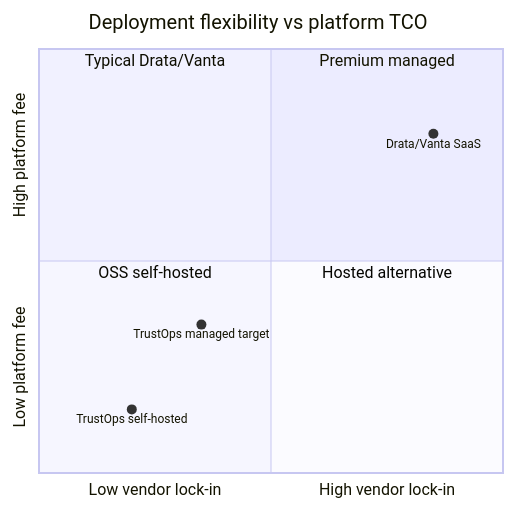
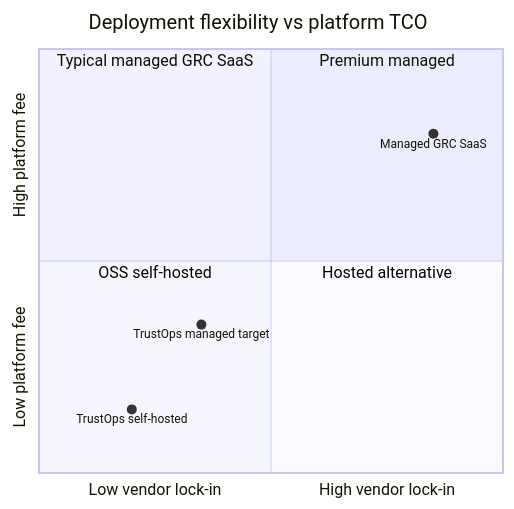
Before and after one commit to msaad00/trustops-security-data-lake: the second of 2 diagrams in docs/diagrams/deployment-models.md, drawn with Mermaid. The commit also changed 18 other files, not shown here.

````diff
--- a/docs/diagrams/deployment-models.md
+++ b/docs/diagrams/deployment-models.md
@@ -39,13 +39,13 @@
 ```mermaid
 quadrantChart
   title Deployment flexibility vs platform TCO
   x-axis Low vendor lock-in --> High vendor lock-in
   y-axis Low platform fee --> High platform fee
   quadrant-1 Premium managed
-  quadrant-2 Typical Drata/Vanta
+  quadrant-2 Typical managed GRC SaaS
   quadrant-3 OSS self-hosted
   quadrant-4 Hosted alternative
   TrustOps self-hosted: [0.2, 0.15]
   TrustOps managed target: [0.35, 0.35]
-  Drata/Vanta SaaS: [0.85, 0.8]
+  Managed GRC SaaS: [0.85, 0.8]
 ```
````
